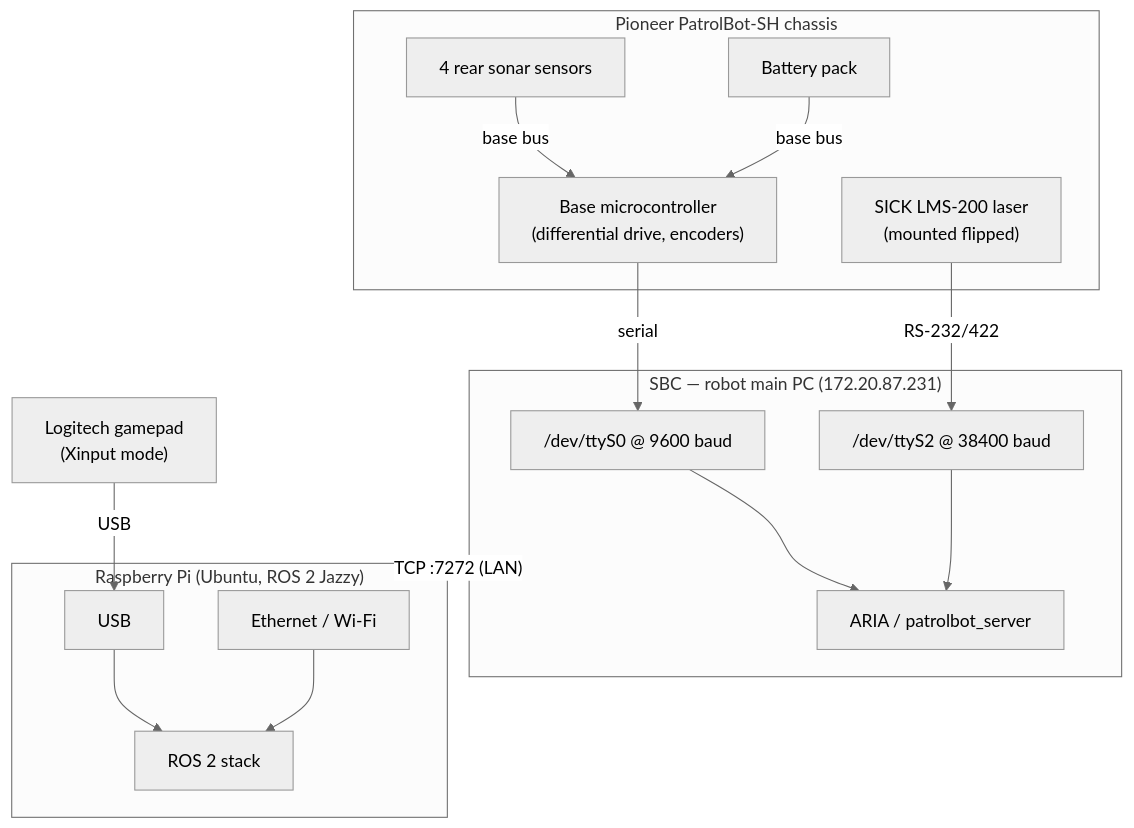
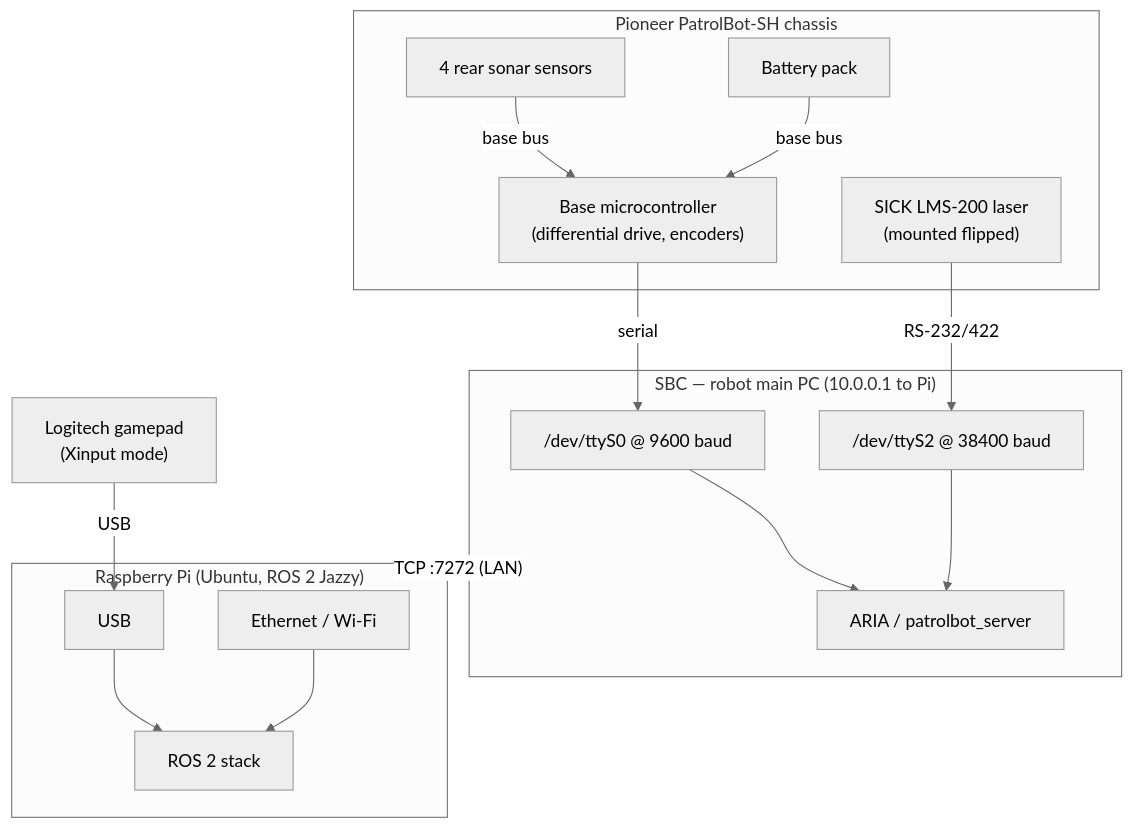
One commit to cmu-impactlab/patrolbot changed the diagram in docs/architecture/hardware-architecture.md. Above: the diagram before and after it, drawn with Mermaid (neutral theme). The commit also changed other lines of this file and 103 other files, not shown here.

````diff
--- a/docs/architecture/hardware-architecture.md
+++ b/docs/architecture/hardware-architecture.md
@@ -20,34 +20,34 @@
 ```mermaid
 flowchart TB
     subgraph CHASSIS["Pioneer PatrolBot-SH chassis"]
         BASEMCU["Base microcontroller\n(differential drive, encoders)"]
         SONAR["4 rear sonar sensors"]
         LMS["SICK LMS-200 laser\n(mounted flipped)"]
         BATT["Battery pack"]
     end
 
-    subgraph SBCBOX["SBC — robot main PC (172.20.87.231)"]
+    subgraph SBCBOX["SBC — robot main PC (10.0.0.1 to Pi)"]
         TTYS0["/dev/ttyS0 @ 9600 baud"]
         TTYS2["/dev/ttyS2 @ 38400 baud"]
         ARIA["ARIA / patrolbot_server"]
         TTYS0 --> ARIA
         TTYS2 --> ARIA
     end
 
     subgraph PIBOX["Raspberry Pi (Ubuntu, ROS 2 Jazzy)"]
         ETH["Ethernet / Wi-Fi"]
         USB["USB"]
         ROS["ROS 2 stack"]
         USB --> ROS
         ETH --> ROS
     end
 
     GAMEPAD["Logitech gamepad\n(Xinput mode)"]
 
     BASEMCU -- "serial" --> TTYS0
     SONAR -- "base bus" --> BASEMCU
     BATT -- "base bus" --> BASEMCU
     LMS -- "RS-232/422" --> TTYS2
     SBCBOX <== "TCP :7272 (LAN)" ==> PIBOX
     GAMEPAD -- "USB" --> USB
 ```
````
